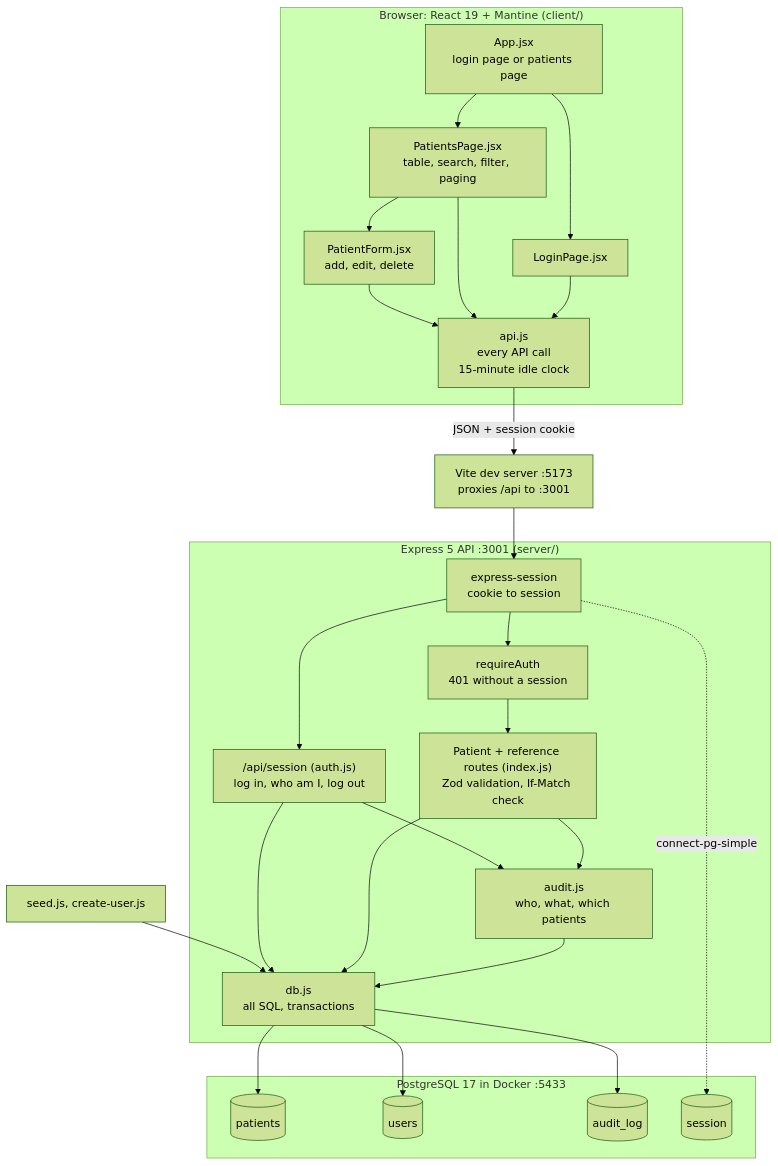
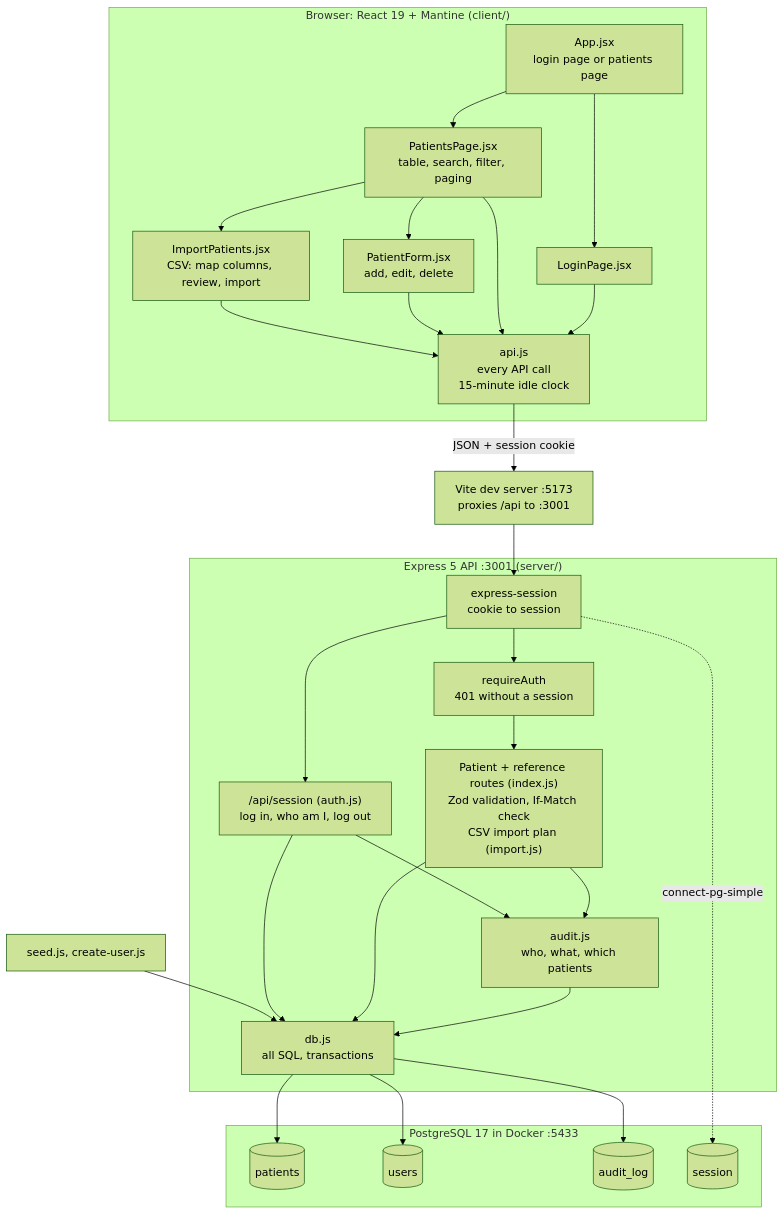
The first of 2 diagrams in ARCHITECTURE.md (dengjulie/patient-tracker), drawn with Mermaid (forest theme) before and after one commit. The commit also changed other lines of this file and 10 other files, not shown here.

First line of the commit message:
Import patients from CSV with column mapping

````diff
--- a/ARCHITECTURE.md
+++ b/ARCHITECTURE.md
@@ -9,44 +9,45 @@
 ```mermaid
 flowchart TB
     subgraph Browser["Browser: React 19 + Mantine (client/)"]
         App["App.jsx<br/>login page or patients page"]
         Login["LoginPage.jsx"]
         List["PatientsPage.jsx<br/>table, search, filter, paging"]
         Form["PatientForm.jsx<br/>add, edit, delete"]
+        Import["ImportPatients.jsx<br/>CSV: map columns, review, import"]
         Api["api.js<br/>every API call<br/>15-minute idle clock"]
         App --> Login & List
-        List --> Form
-        Login & List & Form --> Api
+        List --> Form & Import
+        Login & List & Form & Import --> Api
     end
 
     Vite["Vite dev server :5173<br/>proxies /api to :3001"]
 
     subgraph Server["Express 5 API :3001 (server/)"]
         Sessions["express-session<br/>cookie to session"]
         SessionRoutes["/api/session (auth.js)<br/>log in, who am I, log out"]
         Guard["requireAuth<br/>401 without a session"]
-        Routes["Patient + reference routes (index.js)<br/>Zod validation, If-Match check"]
+        Routes["Patient + reference routes (index.js)<br/>Zod validation, If-Match check<br/>CSV import plan (import.js)"]
         Audit["audit.js<br/>who, what, which patients"]
         Db["db.js<br/>all SQL, transactions"]
         Sessions --> SessionRoutes
         Sessions --> Guard --> Routes
         Routes --> Audit --> Db
         Routes --> Db
         SessionRoutes --> Audit
         SessionRoutes --> Db
     end
 
     subgraph Postgres["PostgreSQL 17 in Docker :5433"]
         patients[("patients")]
         users[("users")]
         audit_log[("audit_log")]
         session[("session")]
     end
 
     Scripts["seed.js, create-user.js"]
 
     Api -- "JSON + session cookie" --> Vite --> Sessions
     Db --> patients & users & audit_log
     Sessions -. "connect-pg-simple" .-> session
     Scripts --> Db
 ```
````
